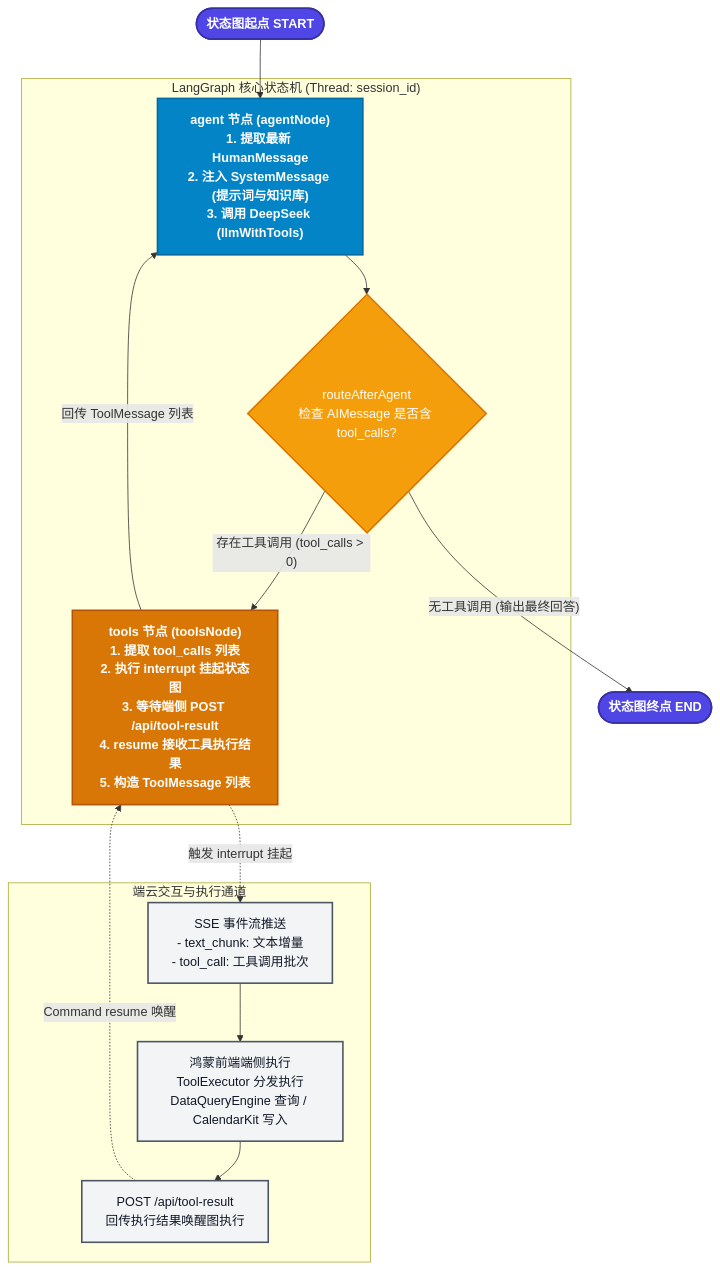
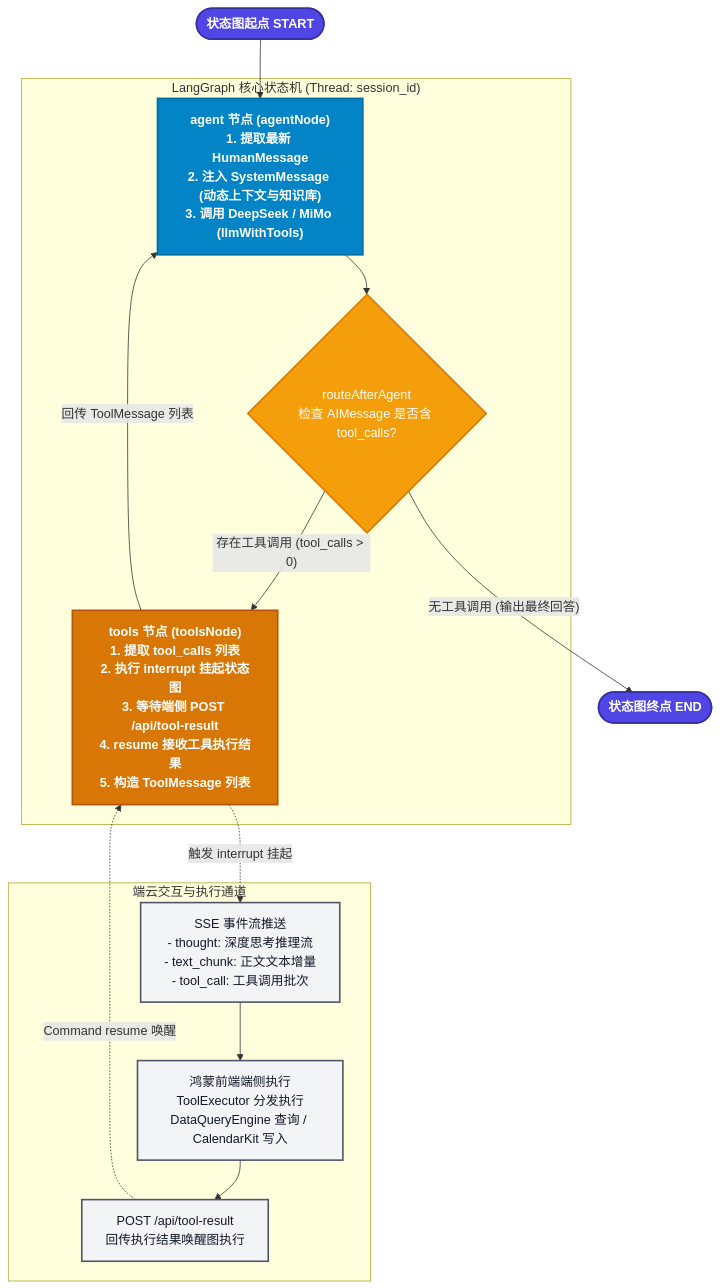
The first of 2 diagrams in doc/AI_AGENT.md (pjj644/helper_app), drawn with Mermaid before and after one commit. The commit also changed other lines of this file and 3 other files, not shown here.

````diff
--- a/doc/AI_AGENT.md
+++ b/doc/AI_AGENT.md
@@ -44,36 +47,36 @@
 ```mermaid
 flowchart TD
     classDef startEnd fill:#4F46E5,stroke:#3730A3,stroke-width:2px,color:#FFFFFF,font-weight:bold;
     classDef nodeStyle fill:#F3F4F6,stroke:#4B5563,stroke-width:2px,color:#111827;
     classDef llmNode fill:#0284C7,stroke:#0369A1,stroke-width:2px,color:#FFFFFF,font-weight:bold;
     classDef interruptNode fill:#D97706,stroke:#B45309,stroke-width:2px,color:#FFFFFF,font-weight:bold;
     classDef condition fill:#F59E0B,stroke:#D97706,stroke-width:2px,color:#FFFFFF;
 
     START_NODE(["状态图起点 START"]):::startEnd --> AGENT_NODE
 
     subgraph Core_Graph ["LangGraph 核心状态机 (Thread: session_id)"]
-        AGENT_NODE["agent 节点 (agentNode)<br/>1. 提取最新 HumanMessage<br/>2. 注入 SystemMessage (提示词与知识库)<br/>3. 调用 DeepSeek (llmWithTools)"]:::llmNode
+        AGENT_NODE["agent 节点 (agentNode)<br/>1. 提取最新 HumanMessage<br/>2. 注入 SystemMessage (动态上下文与知识库)<br/>3. 调用 DeepSeek / MiMo (llmWithTools)"]:::llmNode
 
         ROUTE_DECISION{"routeAfterAgent<br/>检查 AIMessage 是否含 tool_calls?"}:::condition
 
         AGENT_NODE --> ROUTE_DECISION
 
         TOOLS_NODE["tools 节点 (toolsNode)<br/>1. 提取 tool_calls 列表<br/>2. 执行 interrupt 挂起状态图<br/>3. 等待端侧 POST /api/tool-result<br/>4. resume 接收工具执行结果<br/>5. 构造 ToolMessage 列表"]:::interruptNode
 
         ROUTE_DECISION -->|"存在工具调用 (tool_calls > 0)"| TOOLS_NODE
         TOOLS_NODE -->|"回传 ToolMessage 列表"| AGENT_NODE
     end
 
     ROUTE_DECISION -->|"无工具调用 (输出最终回答)"| END_NODE(["状态图终点 END"]):::startEnd
 
     subgraph Network_Device ["端云交互与执行通道"]
-        SSE_PUSH["SSE 事件流推送<br/>- text_chunk: 文本增量<br/>- tool_call: 工具调用批次"]:::nodeStyle
+        SSE_PUSH["SSE 事件流推送<br/>- thought: 深度思考推理流<br/>- text_chunk: 正文文本增量<br/>- tool_call: 工具调用批次"]:::nodeStyle
         DEVICE_EXEC["鸿蒙前端端侧执行<br/>ToolExecutor 分发执行<br/>DataQueryEngine 查询 / CalendarKit 写入"]:::nodeStyle
         HTTP_RESUME["POST /api/tool-result<br/>回传执行结果唤醒图执行"]:::nodeStyle
     end
 
     TOOLS_NODE -.->|"触发 interrupt 挂起"| SSE_PUSH
     SSE_PUSH --> DEVICE_EXEC
     DEVICE_EXEC --> HTTP_RESUME
     HTTP_RESUME -.->|"Command resume 唤醒"| TOOLS_NODE
 ```
````
